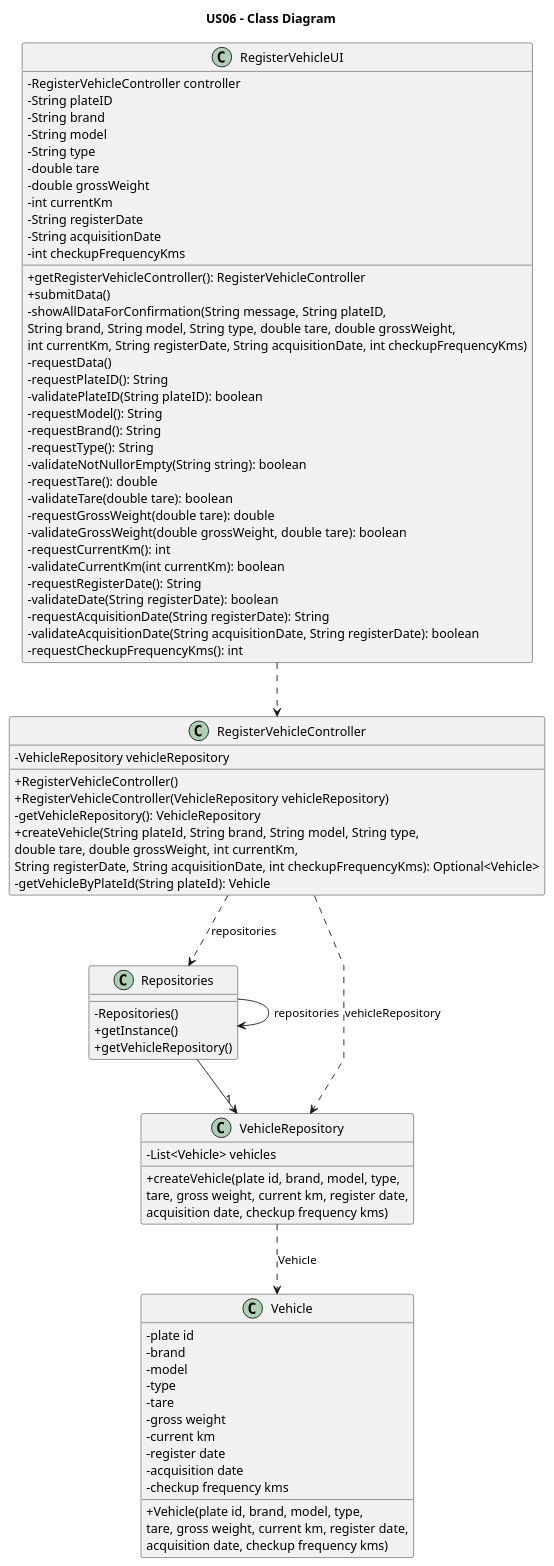
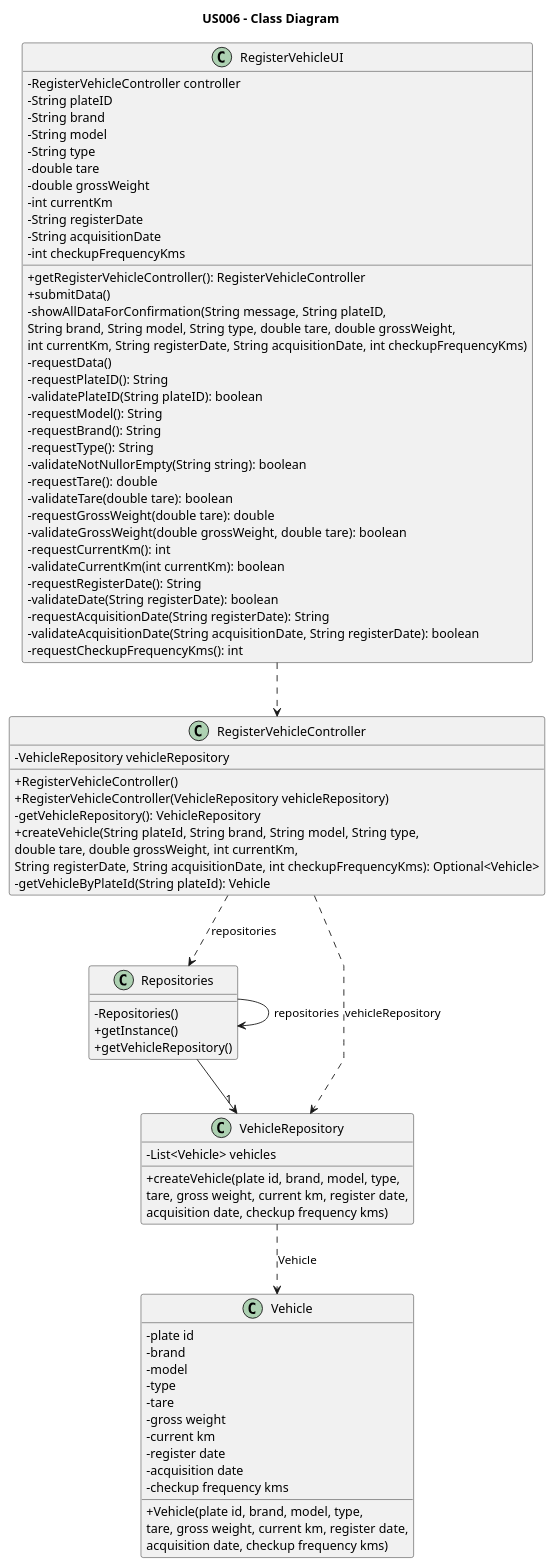
One commit to Rui-San/LAPR2_2023_2024 changed the diagram in docs/sprintB/us006/03.design/puml/us006-class-diagram.puml. Above: the diagram before and after it, drawn with PlantUML. The commit also changed 3 other files, not shown here.

Commit message:
us001/us006 class diagram added title

```diff
--- a/docs/sprintB/us006/03.design/puml/us006-class-diagram.puml
+++ b/docs/sprintB/us006/03.design/puml/us006-class-diagram.puml
@@ -1,90 +1,90 @@
 @startuml
 'skinparam monochrome true
 skinparam packageStyle rectangle
 skinparam shadowing false
 skinparam linetype polyline
 'skinparam linetype orto
 
 skinparam classAttributeIconSize 0
 
-Title US06 - Class Diagram
+Title US006 - Class Diagram
 
 'left to right direction
 
 class RegisterVehicleUI {
     -RegisterVehicleController controller
     -String plateID
     -String brand
     -String model
     -String type
     -double tare
     -double grossWeight
     -int currentKm
     -String registerDate
     -String acquisitionDate
     -int checkupFrequencyKms
     +getRegisterVehicleController(): RegisterVehicleController
     +submitData()
     -showAllDataForConfirmation(String message, String plateID, \nString brand, String model, String type, double tare, double grossWeight, \nint currentKm, String registerDate, String acquisitionDate, int checkupFrequencyKms)
     -requestData()
     -requestPlateID(): String
     -validatePlateID(String plateID): boolean
     -requestModel(): String
     -requestBrand(): String
     -requestType(): String
     -validateNotNullorEmpty(String string): boolean
     -requestTare(): double
     -validateTare(double tare): boolean
     -requestGrossWeight(double tare): double
     -validateGrossWeight(double grossWeight, double tare): boolean
     -requestCurrentKm(): int
     -validateCurrentKm(int currentKm): boolean
     -requestRegisterDate(): String
     -validateDate(String registerDate): boolean
     -requestAcquisitionDate(String registerDate): String
     -validateAcquisitionDate(String acquisitionDate, String registerDate): boolean
     -requestCheckupFrequencyKms(): int
 }
 
 class RegisterVehicleController {
     -VehicleRepository vehicleRepository
     +RegisterVehicleController()
     +RegisterVehicleController(VehicleRepository vehicleRepository)
     -getVehicleRepository(): VehicleRepository
     +createVehicle(String plateId, String brand, String model, String type, \ndouble tare, double grossWeight, int currentKm, \nString registerDate, String acquisitionDate, int checkupFrequencyKms): Optional<Vehicle>
     -getVehicleByPlateId(String plateId): Vehicle
 }
 
 class Repositories{
     -Repositories()
     +getInstance()
     +getVehicleRepository()
 }
 
 class VehicleRepository{
     - List<Vehicle> vehicles
     +createVehicle(plate id, brand, model, type,\ntare, gross weight, current km, register date,\nacquisition date, checkup frequency kms)
 }
 
 class Vehicle{
     -plate id
     -brand
     -model
     -type
     -tare
     -gross weight
     -current km
     -register date
     -acquisition date
     -checkup frequency kms
     +Vehicle(plate id, brand, model, type,\ntare, gross weight, current km, register date,\nacquisition date, checkup frequency kms)
 }
 
 RegisterVehicleUI ..> RegisterVehicleController
 RegisterVehicleController ..> Repositories : repositories
 Repositories --> Repositories : repositories
 Repositories --> "1" VehicleRepository
 VehicleRepository ..> Vehicle : Vehicle
 RegisterVehicleController ..> VehicleRepository : vehicleRepository
 
 @enduml
```
